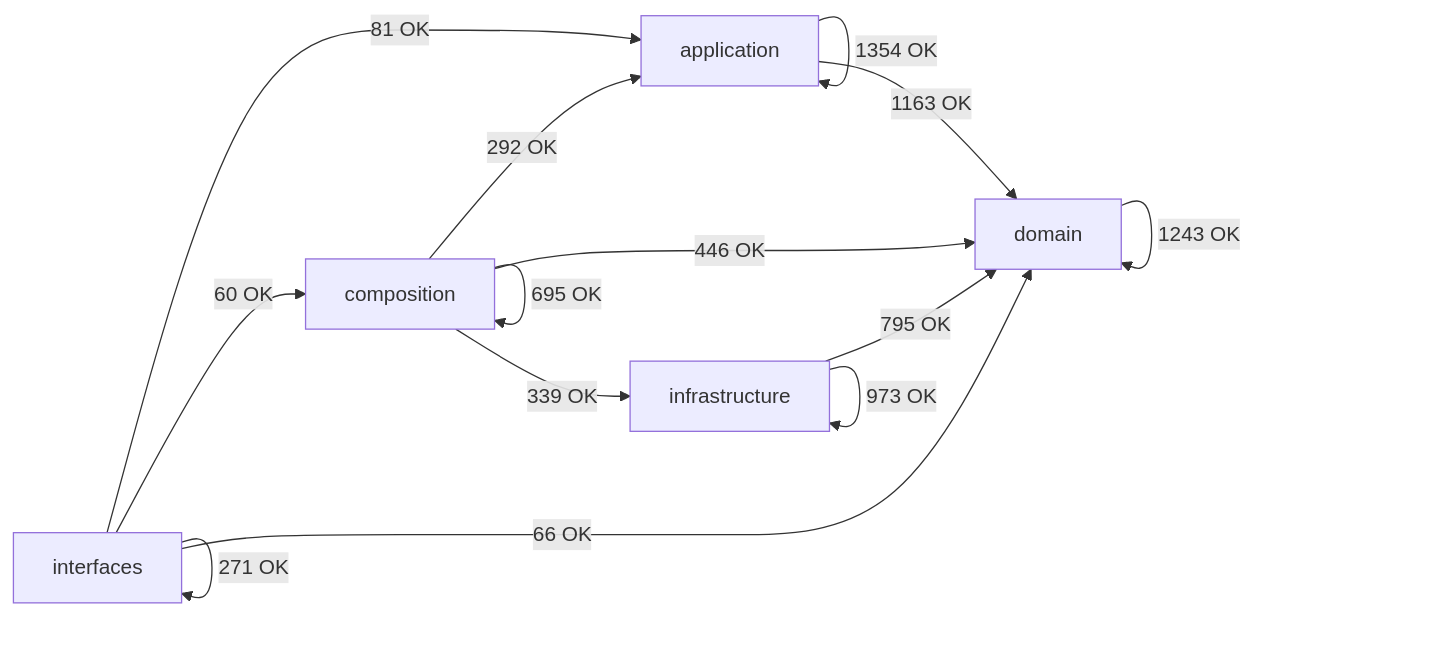
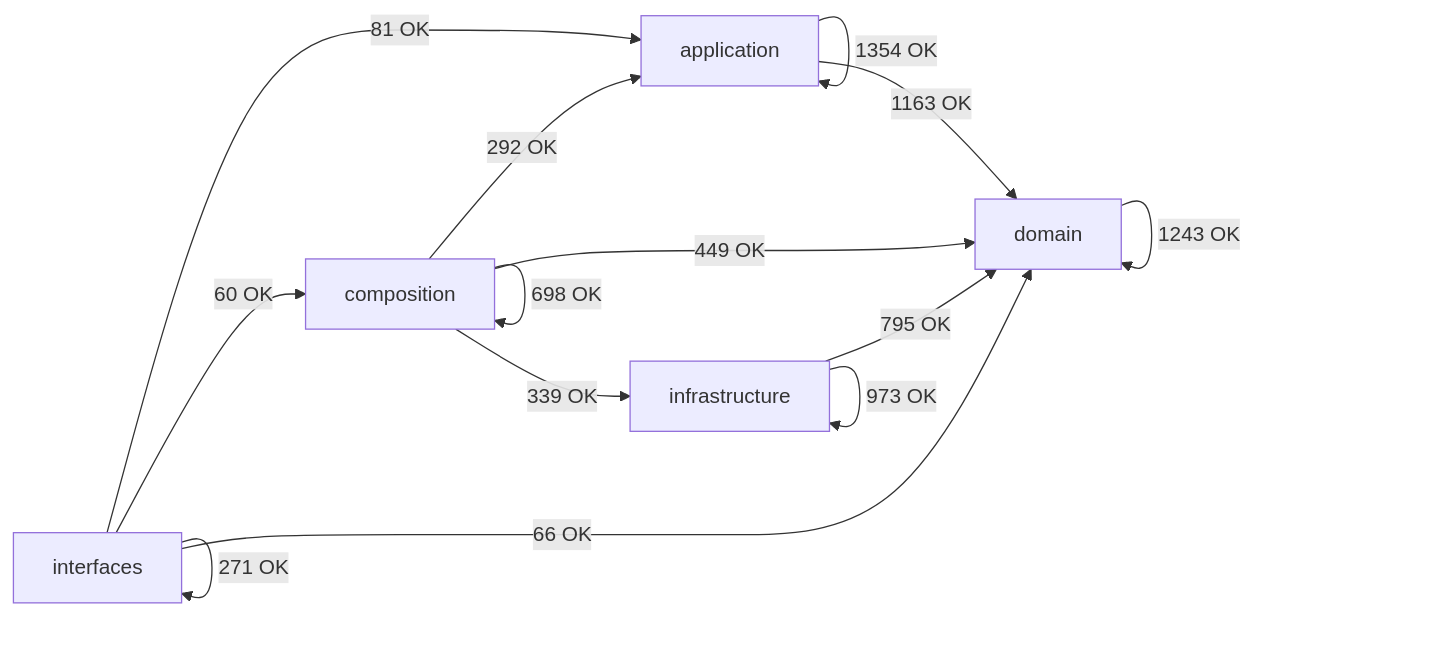
One commit to SatoryKono/BioactivityDataAcquisition changed the diagram in docs/02-architecture/generated/module-dependency-map.md. Above: the diagram before and after it, drawn with Mermaid. The commit also changed other lines of this file and 18 other files, not shown here.

````diff
--- a/docs/02-architecture/generated/module-dependency-map.md
+++ b/docs/02-architecture/generated/module-dependency-map.md
@@ -17,21 +17,21 @@
 ```mermaid
 flowchart LR
     domain[domain]
     application[application]
     infrastructure[infrastructure]
     composition[composition]
     interfaces[interfaces]
     application -->|1354 OK| application
     application -->|1163 OK| domain
     composition -->|292 OK| application
-    composition -->|695 OK| composition
-    composition -->|446 OK| domain
+    composition -->|698 OK| composition
+    composition -->|449 OK| domain
     composition -->|339 OK| infrastructure
     domain -->|1243 OK| domain
     infrastructure -->|795 OK| domain
     infrastructure -->|973 OK| infrastructure
     interfaces -->|81 OK| application
     interfaces -->|60 OK| composition
     interfaces -->|66 OK| domain
     interfaces -->|271 OK| interfaces
 ```
````
